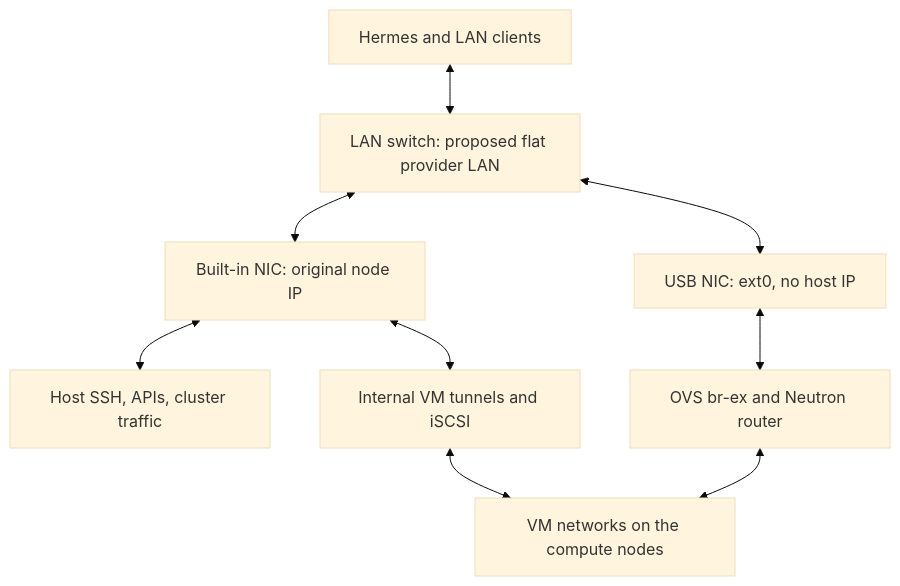
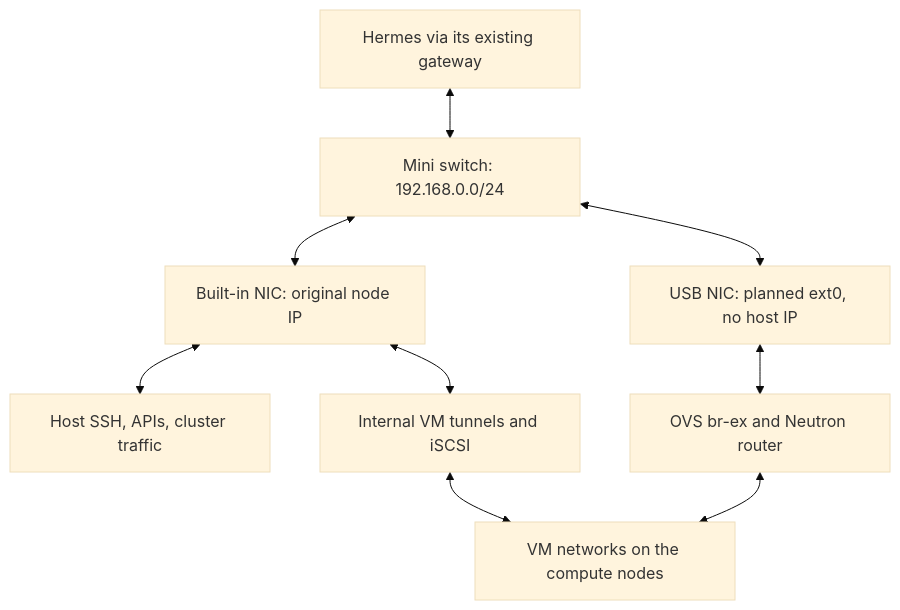
The first of 2 diagrams in README.md (DinosaurKeys/openstack-iac-lab), drawn with Mermaid (base theme) before and after one commit. The commit also changed other lines of this file and 6 other files, not shown here.

Commit message:
Teach shared-LAN address planning and add guarded temporary USB link test

````diff
--- a/README.md
+++ b/README.md
@@ -21,11 +21,11 @@
 ```mermaid
 flowchart TD
-    L["LAN switch: proposed flat provider LAN"] <--> M["Built-in NIC: original node IP"]
-    L <--> U["USB NIC: ext0, no host IP"]
-    H["Hermes and LAN clients"] <--> L
+    L["Mini switch: 192.168.0.0/24"] <--> M["Built-in NIC: original node IP"]
+    L <--> U["USB NIC: planned ext0, no host IP"]
+    H["Hermes via its existing gateway"] <--> L
     M <--> C["Host SSH, APIs, cluster traffic"]
     M <--> I["Internal VM tunnels and iSCSI"]
     U <--> O["OVS br-ex and Neutron router"]
     O <--> V["VM networks on the compute nodes"]
     I <--> V
 ```
````
